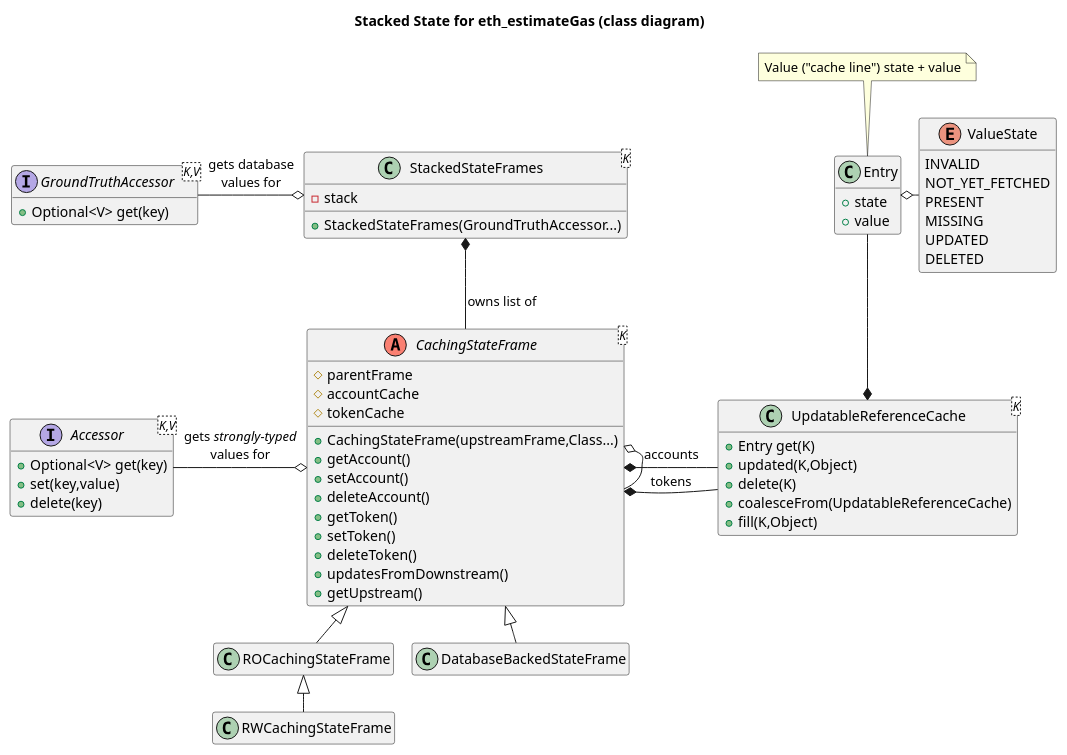
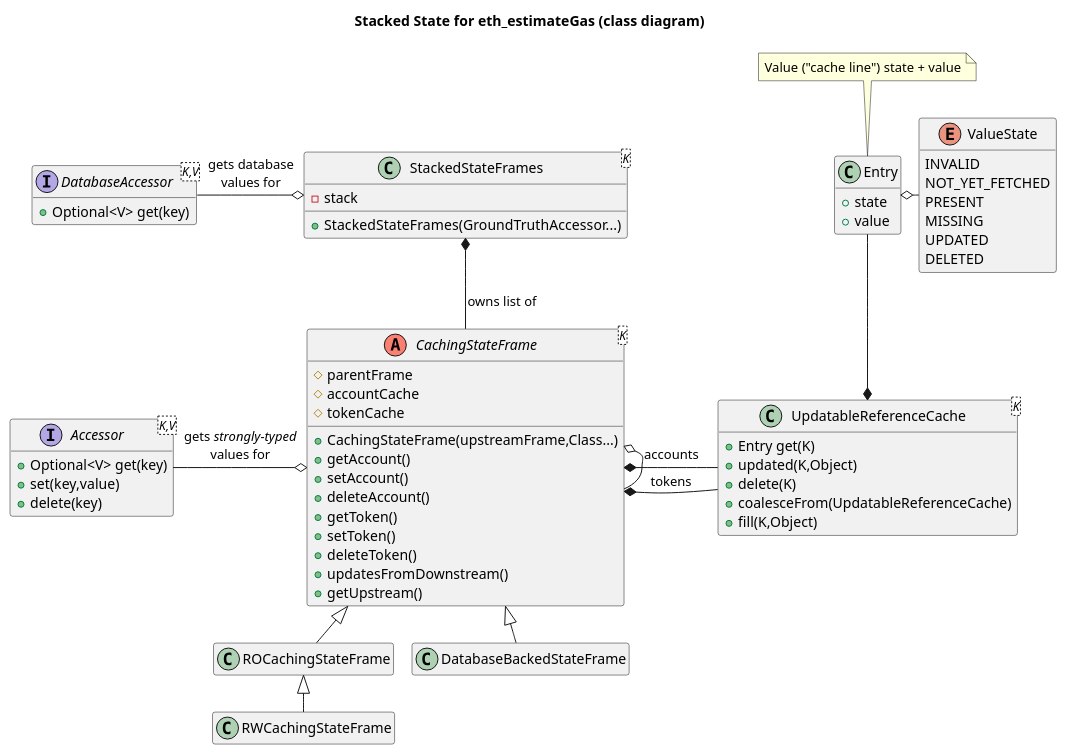
Before and after one commit to hashgraph/hedera-mirror-node: the diagram in docs/design/images/ClassDiagram-StackedStateFrames.puml, drawn with PlantUML. The commit also changed 2 other files, not shown here.

Commit message:
Address CR comments: GroundTruthAccessor renamed DatabaseAccessor

```diff
--- a/docs/design/images/ClassDiagram-StackedStateFrames.puml
+++ b/docs/design/images/ClassDiagram-StackedStateFrames.puml
@@ -1,73 +1,73 @@
 @startuml
 !pragma layout smetana
 title Stacked State for eth_estimateGas (class diagram)
 hide empty members
 
 enum ValueState {
   INVALID
   NOT_YET_FETCHED
   PRESENT
   MISSING
   UPDATED
   DELETED
 }
 
 class Entry {
    +state
    +value
 }
 note top of Entry: Value ("cache line") state + value
 
 class UpdatableReferenceCache<K> {
   +Entry get(K)
   +updated(K,Object)
   +delete(K)
   +coalesceFrom(UpdatableReferenceCache)
   +fill(K,Object)
 }
 
 abstract CachingStateFrame<K> <<(A,salmon)>> {
   #parentFrame
   #accountCache
   #tokenCache
   +CachingStateFrame(upstreamFrame,Class...)
   +getAccount()
   +setAccount()
   +deleteAccount()
   +getToken()
   +setToken()
   +deleteToken()
   +updatesFromDownstream()
   +getUpstream()
 }
 
 interface Accessor<K,V> {
   +Optional<V> get(key)
   +set(key,value)
   +delete(key)
 }
 
-interface GroundTruthAccessor<K,V> {
+interface DatabaseAccessor<K,V> {
   +Optional<V> get(key)
 }
 
 class StackedStateFrames<K> {
   -stack
   +StackedStateFrames(GroundTruthAccessor...)
 }
 
 Entry::state o-right- ValueState
 UpdatableReferenceCache::get *-up- Entry
 
 StackedStateFrames::stack *-- CachingStateFrame : owns list of
 CachingStateFrame::parentFrame o- CachingStateFrame
 CachingStateFrame::accountCache *- UpdatableReferenceCache : accounts
 CachingStateFrame::tokenCache *- UpdatableReferenceCache : tokens
 ROCachingStateFrame <|-- RWCachingStateFrame
 CachingStateFrame <|-- ROCachingStateFrame
 CachingStateFrame <|-- DatabaseBackedStateFrame
 CachingStateFrame o-left- Accessor : gets //strongly-typed//\nvalues for
-StackedStateFrames::StackedStateFrames o-left- GroundTruthAccessor : gets database\nvalues for
+StackedStateFrames::StackedStateFrames o-left- DatabaseAccessor : gets database\nvalues for
 
 skinparam groupInheritance 2
 @enduml
```
